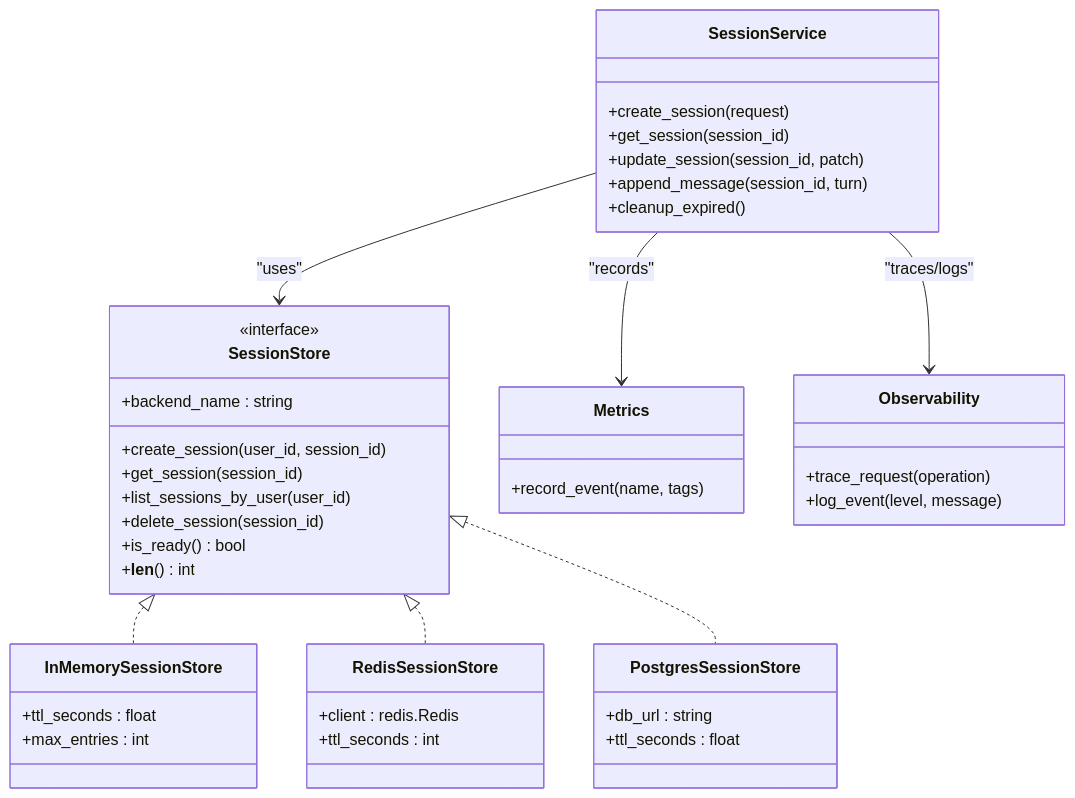
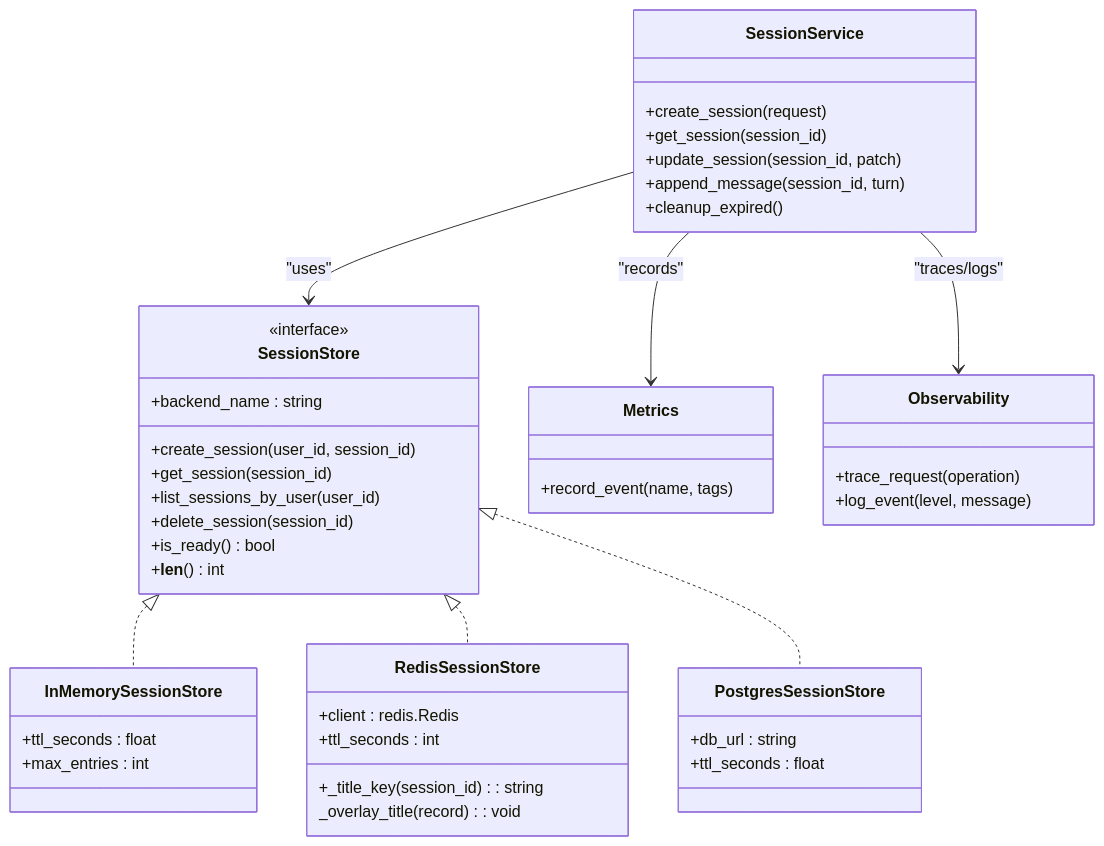
Before and after one commit to metasync/luban-aiops: the fifth of 5 diagrams in .qoder/repowiki/en/content/Agent Platform Service/Session Management and State Persistence.md, drawn with Mermaid. The commit also changed other lines of this file and 13 other files, not shown here.

````diff
--- a/.qoder/repowiki/en/content/Agent Platform Service/Session Management and State Persistence.md
+++ b/.qoder/repowiki/en/content/Agent Platform Service/Session Management and State Persistence.md
@@ -355,45 +383,47 @@
 ```mermaid
 classDiagram
 class SessionService {
 +create_session(request)
 +get_session(session_id)
 +update_session(session_id, patch)
 +append_message(session_id, turn)
 +cleanup_expired()
 }
 class SessionStore {
 <<interface>>
 +backend_name : string
 +create_session(user_id, session_id)
 +get_session(session_id)
 +list_sessions_by_user(user_id)
 +delete_session(session_id)
 +is_ready() bool
 +__len__() int
 }
 class InMemorySessionStore {
 +ttl_seconds : float
 +max_entries : int
 }
 class RedisSessionStore {
 +client : redis.Redis
 +ttl_seconds : int
++_title_key(session_id) : string
+_overlay_title(record) : void
 }
 class PostgresSessionStore {
 +db_url : string
 +ttl_seconds : float
 }
 class Metrics {
 +record_event(name, tags)
 }
 class Observability {
 +trace_request(operation)
 +log_event(level, message)
 }
 SessionService --> SessionStore : "uses"
 SessionStore <|.. InMemorySessionStore
 SessionStore <|.. RedisSessionStore
 SessionStore <|.. PostgresSessionStore
 SessionService --> Metrics : "records"
 SessionService --> Observability : "traces/logs"
 ```
````
